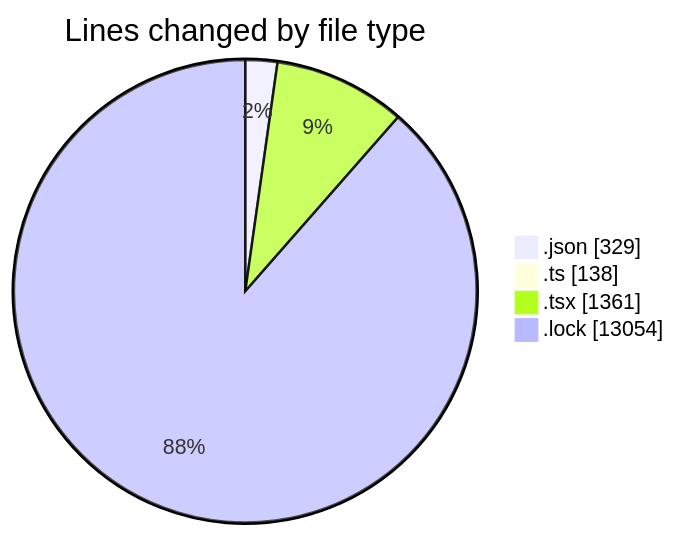
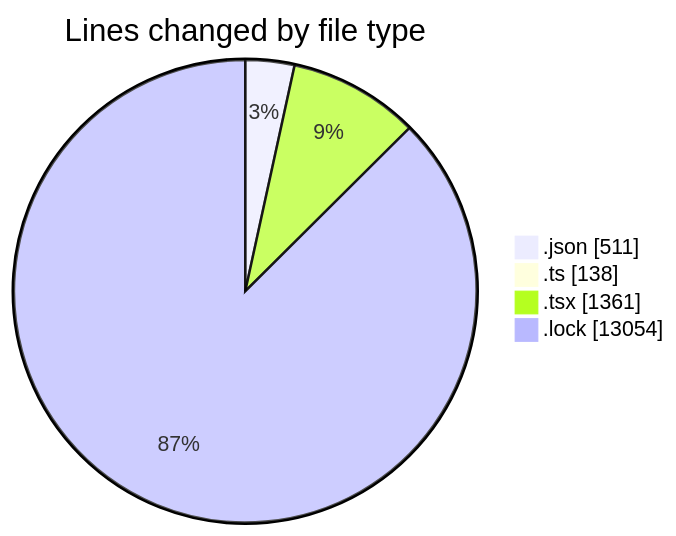
Before and after one commit to momahboobian/code-tracking: the first of 2 diagrams in 2025-05-07/cda/README.md, drawn with Mermaid. The commit also changed other lines of this file and 1 other file, not shown here.

````diff
--- a/2025-05-07/cda/README.md
+++ b/2025-05-07/cda/README.md
@@ -38,8 +39,8 @@
 ```mermaid
 pie showData
 title Lines changed by file type
-".json" : 329
+".json" : 511
 ".ts" : 138
 ".tsx" : 1361
 ".lock" : 13054
 ```
````
